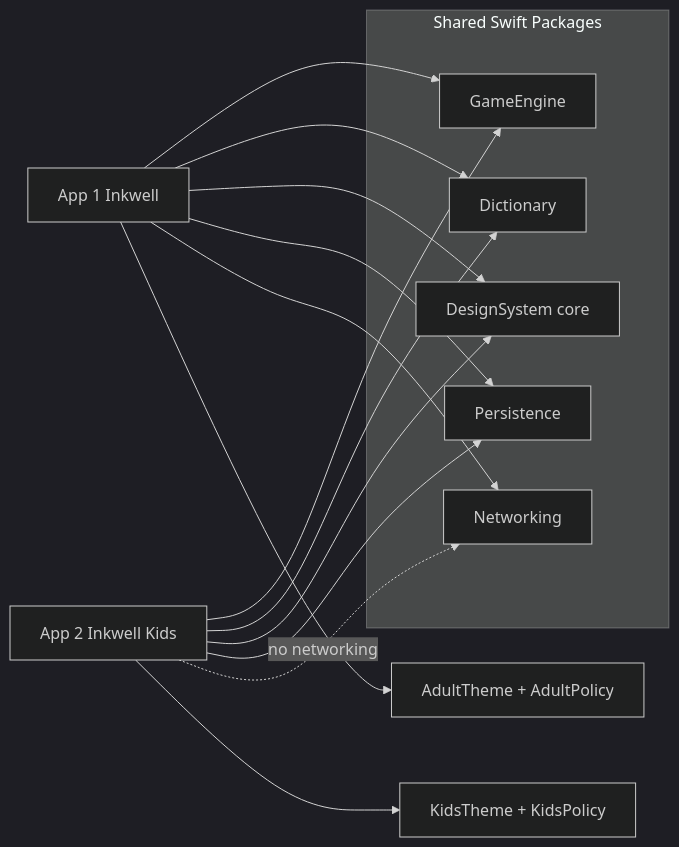
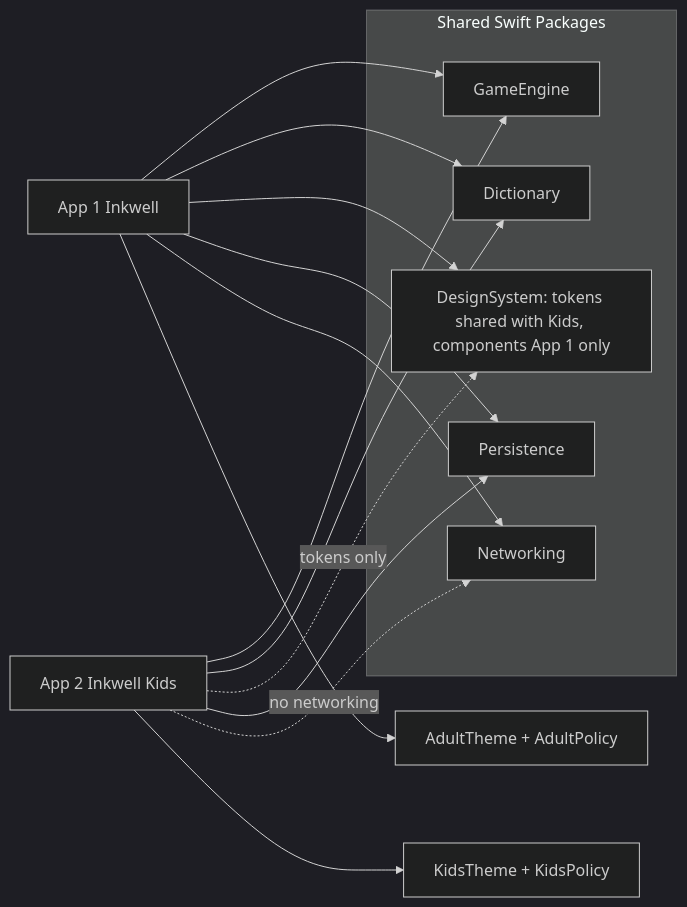
The first of 3 diagrams in npat-planning/master-reference/INKWELL-COMPLETE-REFERENCE.md (nikhilprakash24/CVIN-SC-Implementation-SSI-DID), drawn with Mermaid (dark theme) before and after one commit. The commit also changed other lines of this file and 17 other files, not shown here.

````diff
--- a/npat-planning/master-reference/INKWELL-COMPLETE-REFERENCE.md
+++ b/npat-planning/master-reference/INKWELL-COMPLETE-REFERENCE.md
@@ -225,22 +225,22 @@
 ```mermaid
 flowchart LR
   subgraph Shared Swift Packages
     GE[GameEngine]
     DI[Dictionary]
-    DS[DesignSystem core]
+    DS[DesignSystem: tokens shared with Kids, components App 1 only]
     PE[Persistence]
     NW[Networking]
   end
   A1[App 1 Inkwell] --> GE
   A1 --> DI
   A1 --> DS
   A1 --> PE
   A1 --> NW
   A2[App 2 Inkwell Kids] --> GE
   A2 --> DI
-  A2 --> DS
+  A2 -. tokens only .-> DS
   A2 --> PE
   A2 -. no networking .-> NW
   A2 --> KT[KidsTheme + KidsPolicy]
   A1 --> AT[AdultTheme + AdultPolicy]
 ```
````
